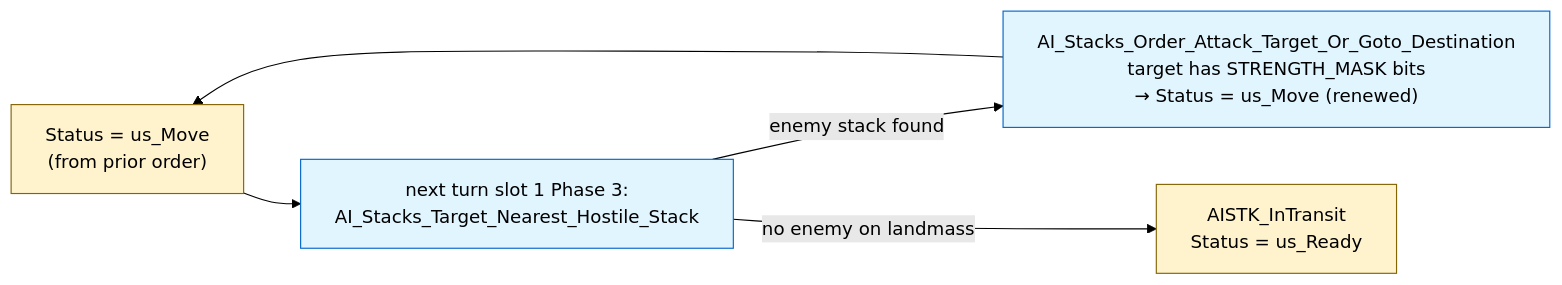
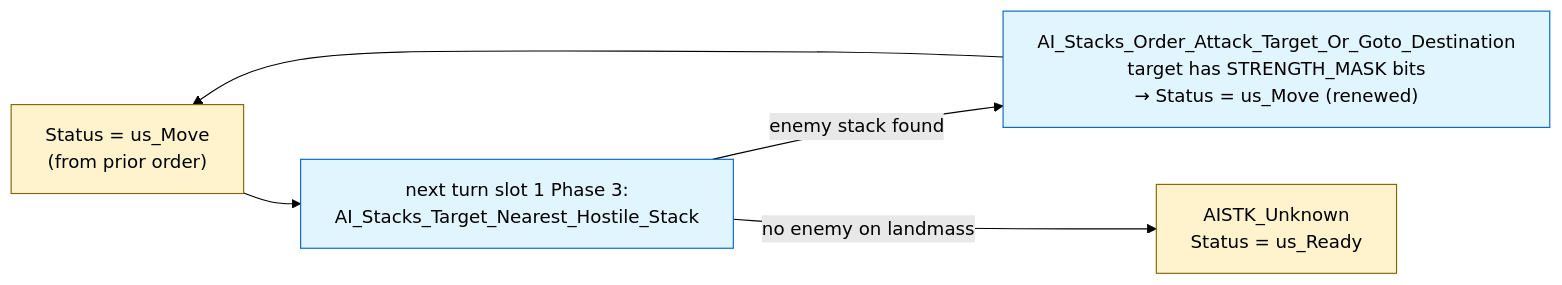
The third of 3 diagrams in doc/ComputerPlayer/AI-Turn-Diagrams.md (jbalcomb/ReMoM), drawn with Mermaid (forest theme) before and after one commit. The commit also changed other lines of this file and 16 other files, not shown here.

````diff
--- a/doc/ComputerPlayer/AI-Turn-Diagrams.md
+++ b/doc/ComputerPlayer/AI-Turn-Diagrams.md
@@ -121,11 +121,11 @@
 ```mermaid
 flowchart LR
     classDef func fill:#e1f5ff,stroke:#0066cc,color:#000
     classDef state fill:#fff3cd,stroke:#856404,color:#000
 
     Move["Status = us_Move<br/>(from prior order)"]:::state
     Move --> NextSlot1["next turn slot 1 Phase 3:<br/>AI_Stacks_Target_Nearest_Hostile_Stack"]:::func
     NextSlot1 -- "enemy stack found" --> SetMove["AI_Stacks_Order_Attack_Target_Or_Goto_Destination<br/>target has STRENGTH_MASK bits<br/>→ Status = us_Move (renewed)"]:::func
     SetMove --> Move
-    NextSlot1 -- "no enemy on landmass" --> Demote["AISTK_InTransit<br/>Status = us_Ready"]:::state
+    NextSlot1 -- "no enemy on landmass" --> Demote["AISTK_Unknown<br/>Status = us_Ready"]:::state
 ```
````
